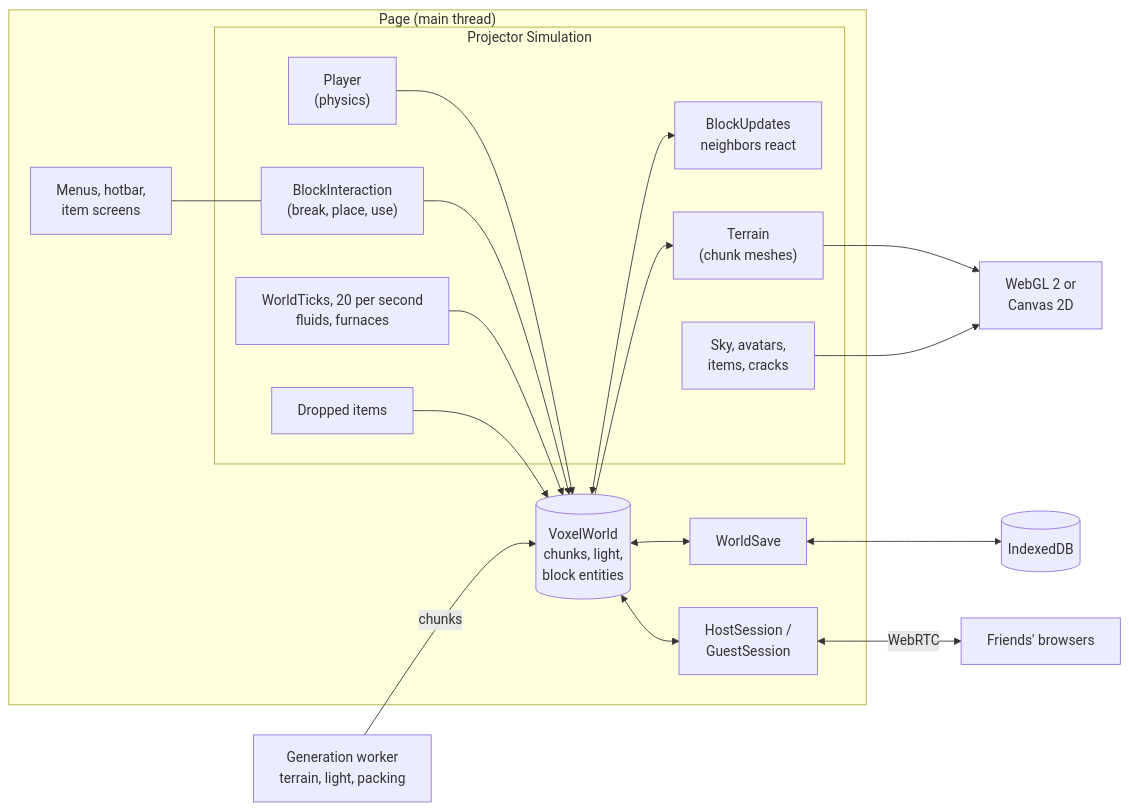
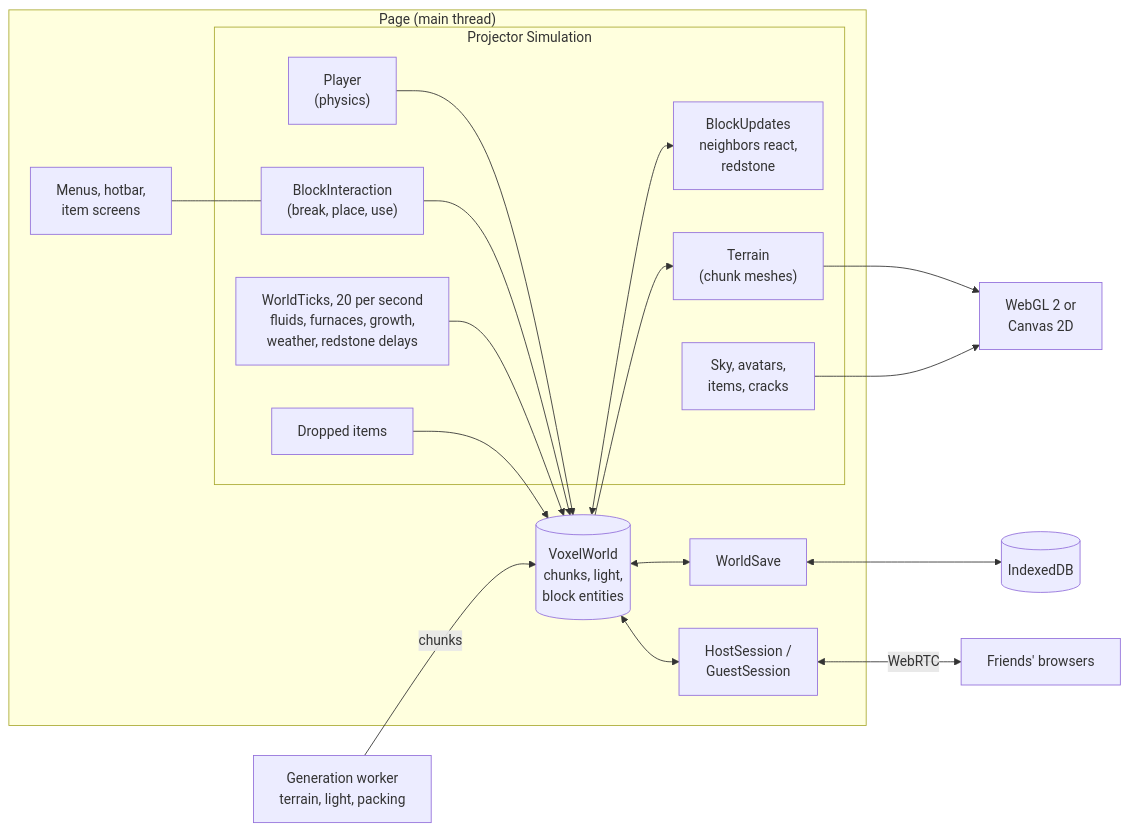
The first of 4 diagrams in README.md (ChrisDrae/Craft), drawn with Mermaid before and after one commit. The commit also changed other lines of this file and 51 other files, not shown here.

First line of the commit message:
Farming, weather and redstone: growth, crops, breeding, rain and storms, circuits

````diff
--- a/README.md
+++ b/README.md
@@ -150,35 +172,35 @@
 ```mermaid
 flowchart LR
   subgraph Page["Page (main thread)"]
     UI["Menus, hotbar,<br/>item screens"]
     subgraph Sim["Projector Simulation"]
       Player["Player<br/>(physics)"]
       Hands["BlockInteraction<br/>(break, place, use)"]
-      Ticks["WorldTicks, 20 per second<br/>fluids, furnaces"]
-      Updates["BlockUpdates<br/>neighbors react"]
+      Ticks["WorldTicks, 20 per second<br/>fluids, furnaces, growth,<br/>weather, redstone delays"]
+      Updates["BlockUpdates<br/>neighbors react,<br/>redstone"]
       Drops["Dropped items"]
       Terrain["Terrain<br/>(chunk meshes)"]
       Sky["Sky, avatars,<br/>items, cracks"]
     end
     World[("VoxelWorld<br/>chunks, light,<br/>block entities")]
     Save["WorldSave"]
     Net["HostSession /<br/>GuestSession"]
   end
   Worker["Generation worker<br/>terrain, light, packing"]
   IDB[("IndexedDB")]
   GPU["WebGL 2 or<br/>Canvas 2D"]
   Friends["Friends' browsers"]
 
   UI --- Hands
   Player --> World
   Hands --> World
   Ticks --> World
   World <--> Updates
   Drops --> World
   World --> Terrain --> GPU
   Sky --> GPU
   Worker -->|chunks| World
   World <--> Save <--> IDB
   World <--> Net
   Net <-->|WebRTC| Friends
 ```
````
